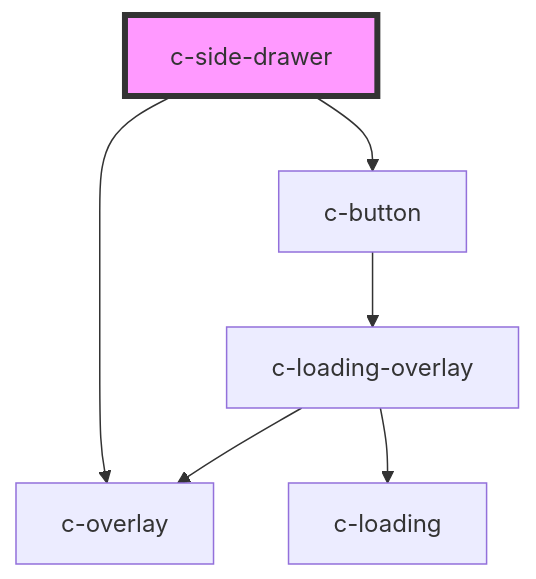
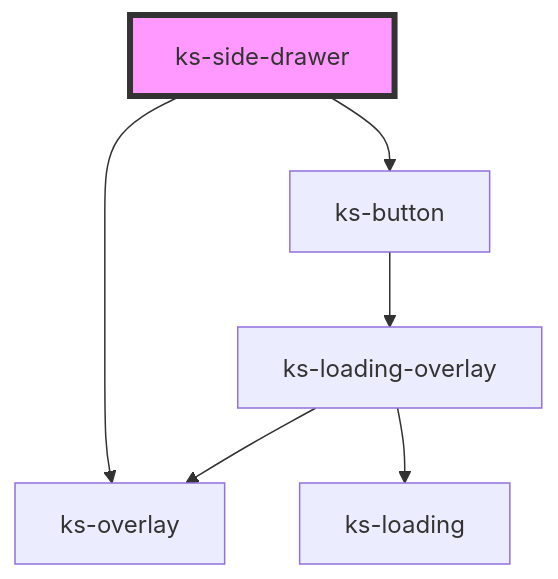
The diagram in src/scripts/components/side-drawer/readme.md (kickstand-ui/kickstand-ui), drawn with Mermaid before and after one commit. The commit also changed other lines of this file and 49 other files, not shown here.

````diff
--- a/src/scripts/components/side-drawer/readme.md
+++ b/src/scripts/components/side-drawer/readme.md
@@ -49,9 +49,9 @@
 ```mermaid
 graph TD;
-  c-side-drawer --> c-overlay
-  c-side-drawer --> c-button
-  c-button --> c-loading-overlay
-  c-loading-overlay --> c-overlay
-  c-loading-overlay --> c-loading
-  style c-side-drawer fill:#f9f,stroke:#333,stroke-width:4px
+  ks-side-drawer --> ks-overlay
+  ks-side-drawer --> ks-button
+  ks-button --> ks-loading-overlay
+  ks-loading-overlay --> ks-overlay
+  ks-loading-overlay --> ks-loading
+  style ks-side-drawer fill:#f9f,stroke:#333,stroke-width:4px
 ```
````
